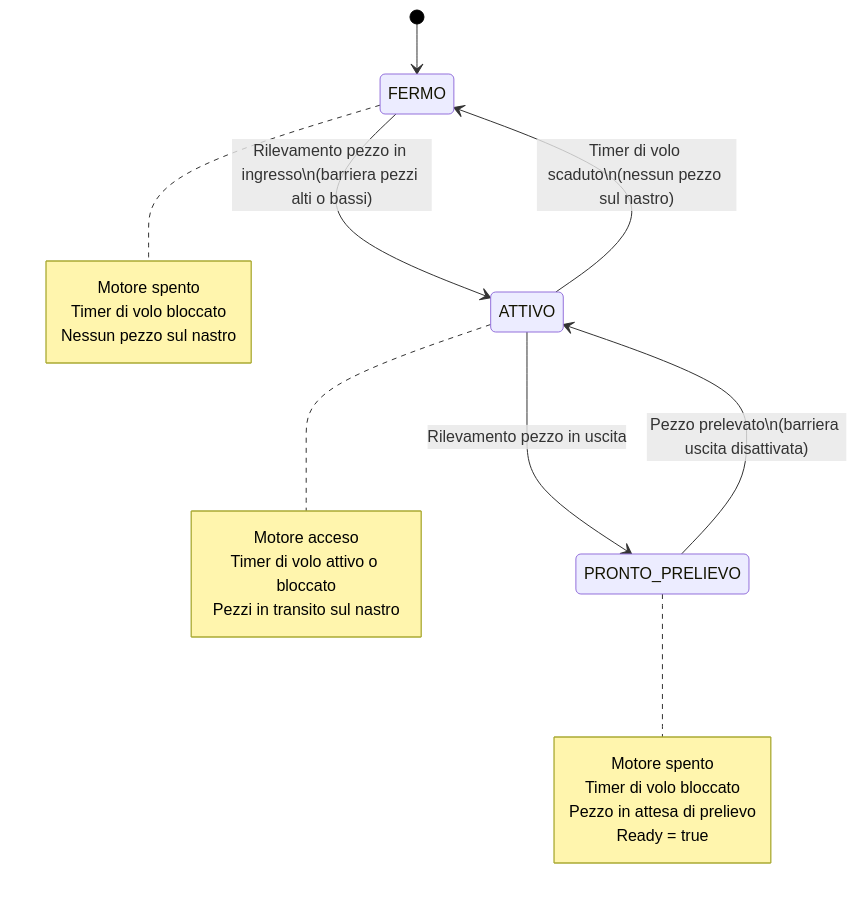
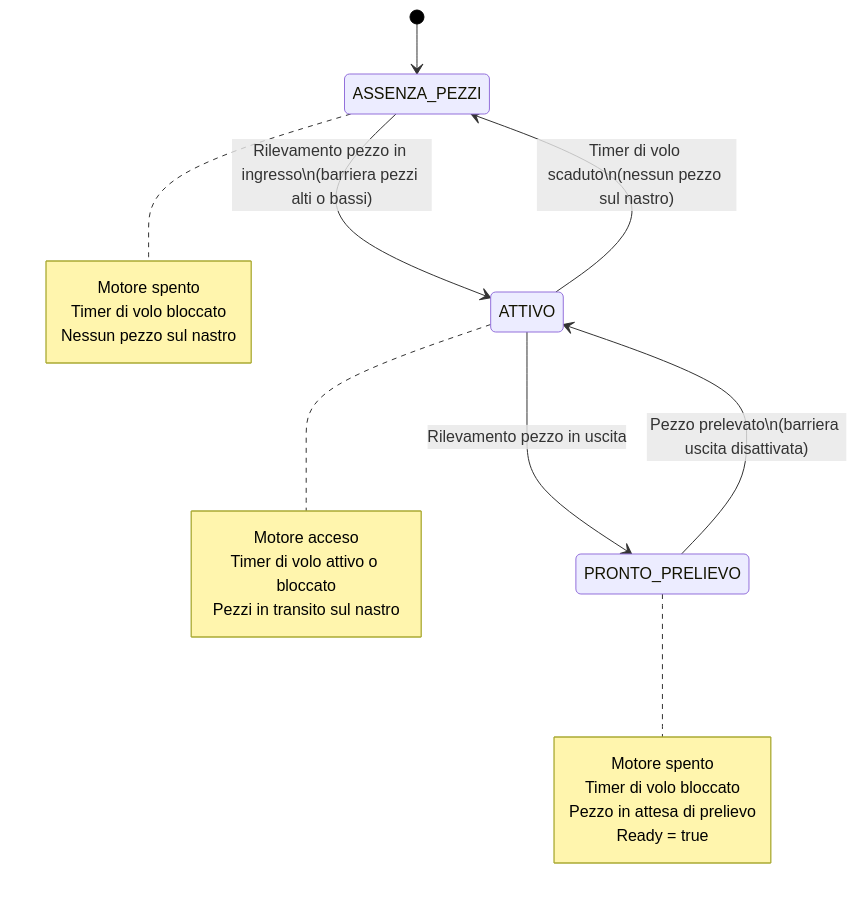
Before and after one commit to sebastianomelita/ArduinoBareMetal: the diagram in nastro.md, drawn with Mermaid.

````diff
--- a/nastro.md
+++ b/nastro.md
@@ -70,29 +70,29 @@
 ```mermaid
 %%{init: {'theme': 'default', 'themeVariables': { 'primaryColor': '#ffffff', 'primaryTextColor': '#000000', 'primaryBorderColor': '#000000', 'lineColor': '#000000', 'secondaryColor': '#f4f4f4', 'tertiaryColor': '#ffffff' }}}%%
 stateDiagram-v2
-    [*] --> FERMO
+    [*] --> ASSENZA_PEZZI
     
-    FERMO --> ATTIVO: Rilevamento pezzo in ingresso\n(barriera pezzi alti o bassi)
+    ASSENZA_PEZZI --> ATTIVO: Rilevamento pezzo in ingresso\n(barriera pezzi alti o bassi)
     ATTIVO --> PRONTO_PRELIEVO: Rilevamento pezzo in uscita
     PRONTO_PRELIEVO --> ATTIVO: Pezzo prelevato\n(barriera uscita disattivata)
-    ATTIVO --> FERMO: Timer di volo scaduto\n(nessun pezzo sul nastro)
+    ATTIVO --> ASSENZA_PEZZI: Timer di volo scaduto\n(nessun pezzo sul nastro)
     
-    note right of FERMO
+    note right of ASSENZA_PEZZI
         Motore spento
         Timer di volo bloccato
         Nessun pezzo sul nastro
     end note
     
     note right of ATTIVO
         Motore acceso
         Timer di volo attivo o bloccato
         Pezzi in transito sul nastro
     end note
     
     note right of PRONTO_PRELIEVO
         Motore spento
         Timer di volo bloccato
         Pezzo in attesa di prelievo
         Ready = true
     end note
 ```
````
